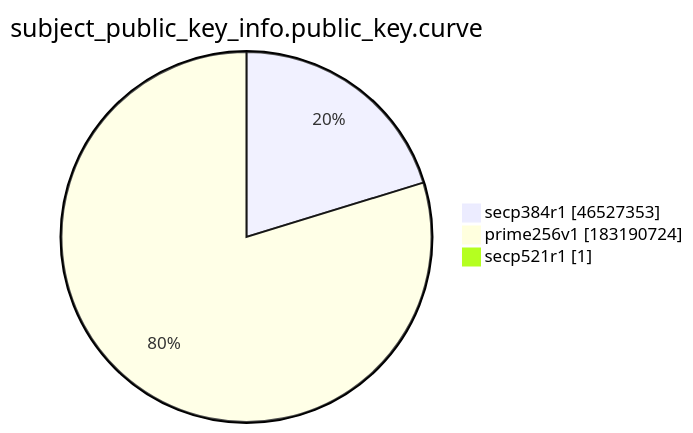
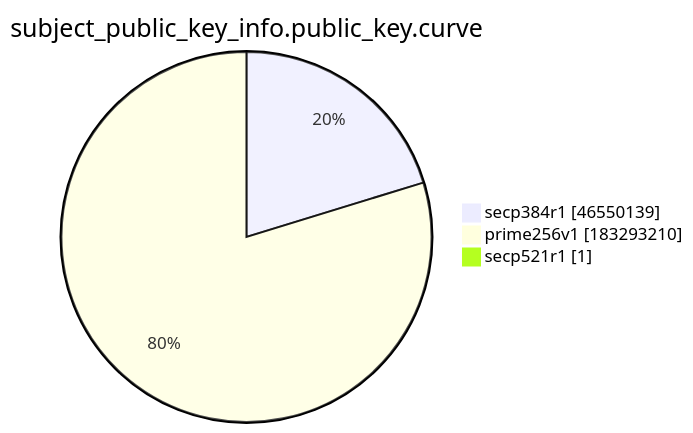
Before and after one commit to christiankrug/ctmonitor_visualization: the ninth of 15 diagrams in xenon2022/README.md, drawn with Mermaid. The commit also changed other lines of this file, not shown here.

````diff
--- a/xenon2022/README.md
+++ b/xenon2022/README.md
@@ -2874,7 +2874,7 @@
 ```mermaid
 pie showData
 title subject_public_key_info.public_key.curve
-"secp384r1" :46527353
-"prime256v1" :183190724
+"secp384r1" :46550139
+"prime256v1" :183293210
 "secp521r1" :1
 ```
````
